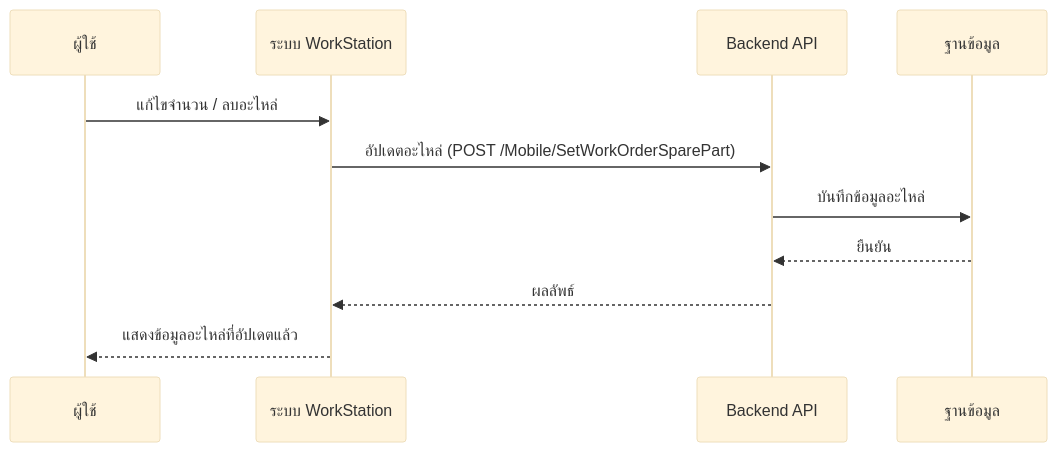
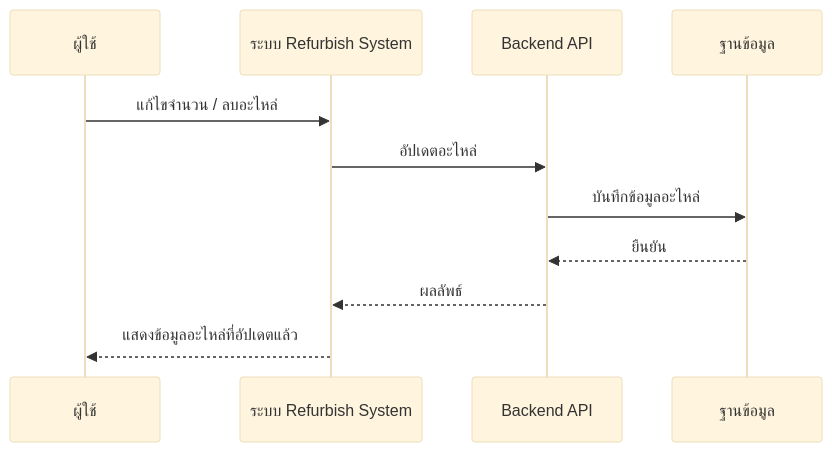
One commit to akkdach/pro-iot-mobile changed the sixth of 8 diagrams in docs/WorkStation_SequenceDiagram.md. Above: the diagram before and after it, drawn with Mermaid (base theme). The commit also changed other lines of this file and 10 other files, not shown here.

````diff
--- a/docs/WorkStation_SequenceDiagram.md
+++ b/docs/WorkStation_SequenceDiagram.md
@@ -113,14 +113,14 @@
 ```mermaid
 sequenceDiagram
     participant U as ผู้ใช้
-    participant WS as ระบบ WorkStation
+    participant WS as ระบบ Refurbish System
     participant API as Backend API
     participant DB as ฐานข้อมูล
 
     U->>WS: แก้ไขจำนวน / ลบอะไหล่
-    WS->>API: อัปเดตอะไหล่ (POST /Mobile/SetWorkOrderSparePart)
+    WS->>API: อัปเดตอะไหล่
     API->>DB: บันทึกข้อมูลอะไหล่
     DB-->>API: ยืนยัน
     API-->>WS: ผลลัพธ์
     WS-->>U: แสดงข้อมูลอะไหล่ที่อัปเดตแล้ว
 ```
````
